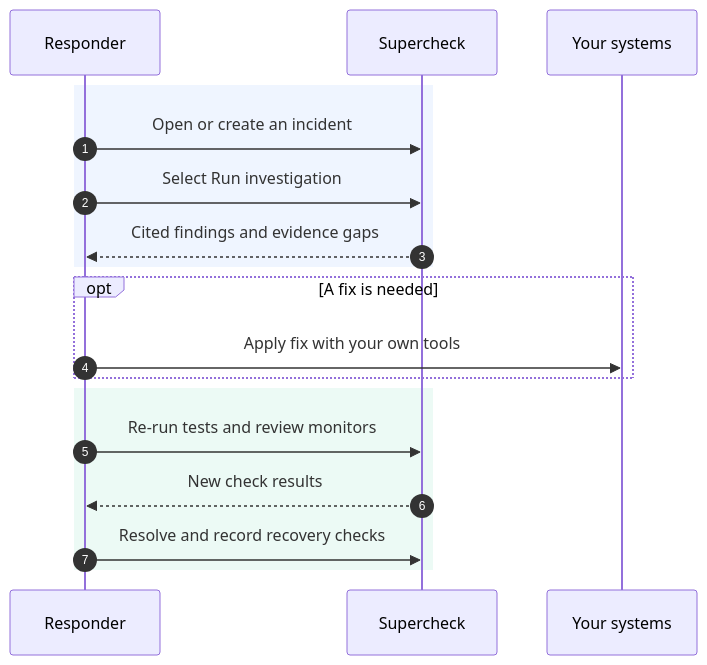
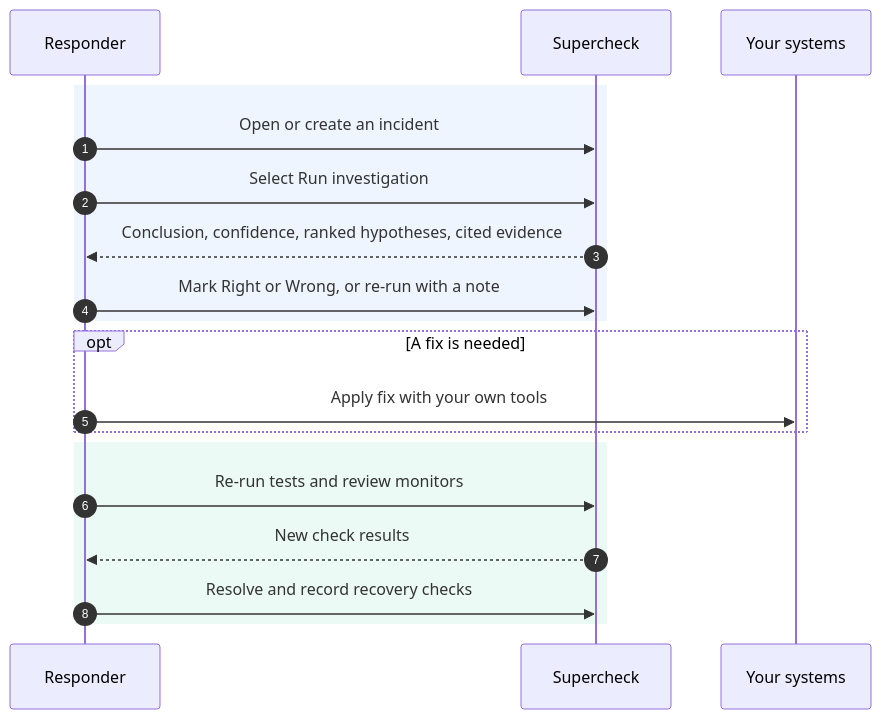
The diagram in docs/content/docs/app/investigate/index.mdx (supercheck-io/supercheck), drawn with Mermaid before and after one commit. The commit also changed other lines of this file and 2 other files, not shown here.

````diff
--- a/docs/content/docs/app/investigate/index.mdx
+++ b/docs/content/docs/app/investigate/index.mdx
@@ -28,23 +28,24 @@
 ```mermaid
 sequenceDiagram
     accTitle: Incident investigation
     accDescr: Open an incident, investigate, apply your own fix, verify recovery, and resolve.
     autonumber
     participant You as Responder
     participant App as Supercheck
     participant Environment as Your systems
 
     rect rgba(59, 130, 246, 0.08)
         You->>App: Open or create an incident
         You->>App: Select Run investigation
-        App-->>You: Cited findings and evidence gaps
+        App-->>You: Conclusion, confidence, ranked hypotheses, cited evidence
+        You->>App: Mark Right or Wrong, or re-run with a note
     end
     opt A fix is needed
         You->>Environment: Apply fix with your own tools
     end
     rect rgba(16, 185, 129, 0.08)
         You->>App: Re-run tests and review monitors
         App-->>You: New check results
         You->>App: Resolve and record recovery checks
     end
 ```
````
